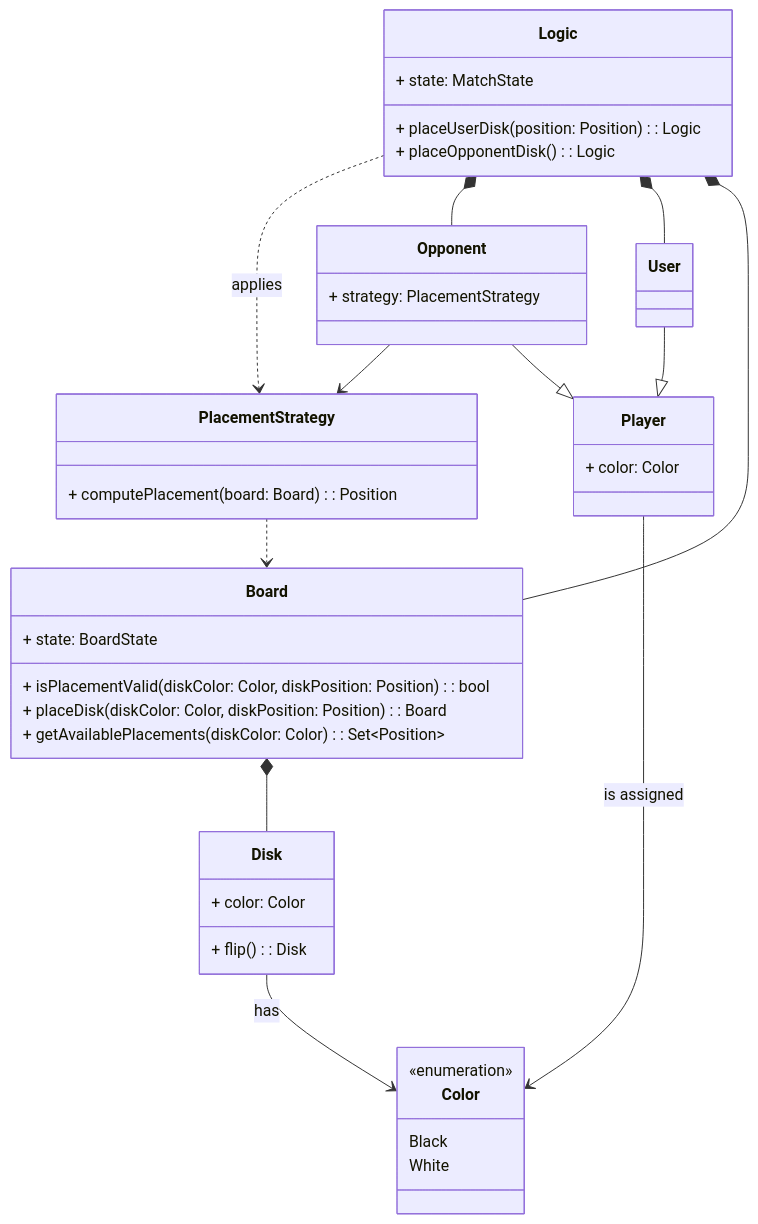
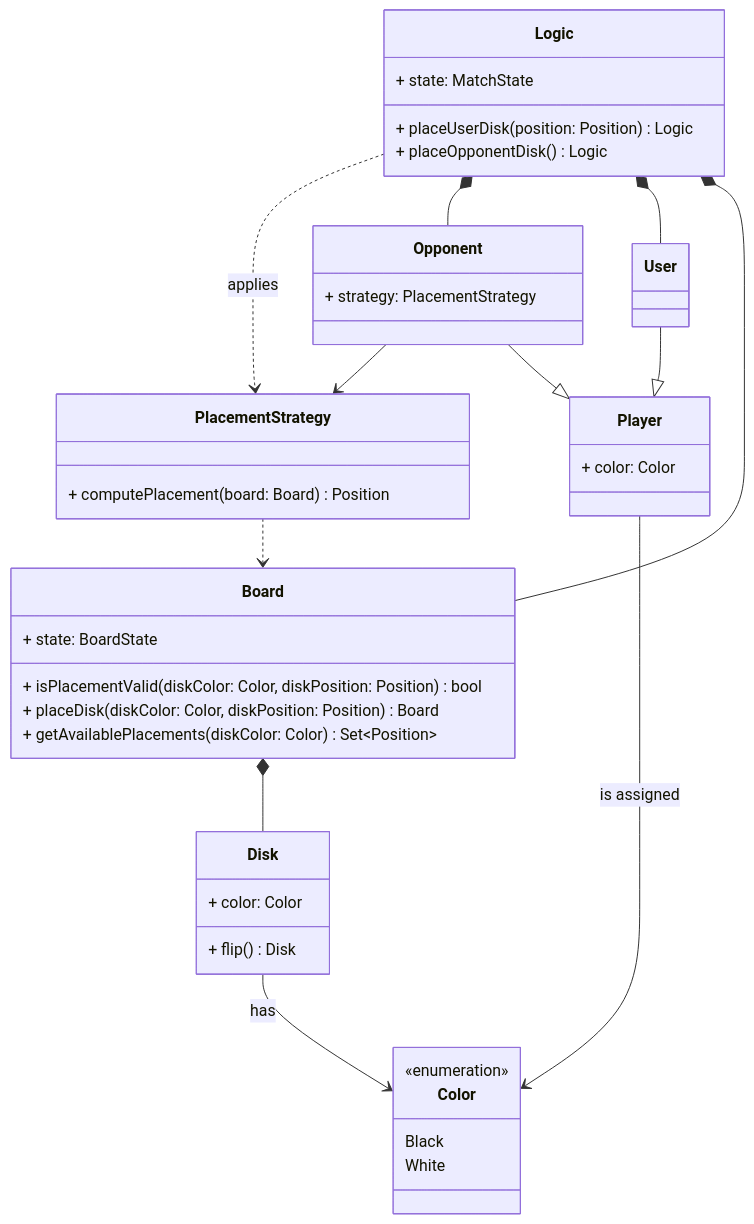
The first of 13 diagrams in docs/report/4-detailed-design.md (Borgotto/PPS-25-scalatello), drawn with Mermaid before and after one commit. The commit also changed other lines of this file and 1 other file, not shown here.

Commit message:
update view diagram, add minor syntax fix to diagrams

````diff
--- a/docs/report/4-detailed-design.md
+++ b/docs/report/4-detailed-design.md
@@ -9,46 +9,46 @@
 ```mermaid
 classDiagram
   class Logic {
     + state: MatchState
-    + placeUserDisk(position: Position): Logic
-    + placeOpponentDisk(): Logic
+    + placeUserDisk(position: Position) Logic
+    + placeOpponentDisk() Logic
   }
   class PlacementStrategy {
-    + computePlacement(board: Board): Position
+    + computePlacement(board: Board) Position
   }
   class Opponent {
     + strategy: PlacementStrategy
   }
   class User
   class Board {
     + state: BoardState
-    + isPlacementValid(diskColor: Color, diskPosition: Position): bool
-    + placeDisk(diskColor: Color, diskPosition: Position): Board
-    + getAvailablePlacements(diskColor: Color): Set~Position~
+    + isPlacementValid(diskColor: Color, diskPosition: Position) bool
+    + placeDisk(diskColor: Color, diskPosition: Position) Board
+    + getAvailablePlacements(diskColor: Color) Set~Position~
   }
   class Disk {
     + color: Color
-    + flip(): Disk
+    + flip() Disk
   }
   class Color {
     <<enumeration>>
     Black
     White
   }
   class Player {
     + color: Color
   }
 
   Logic ..> PlacementStrategy: applies
   Logic *-- Opponent
   Logic *-- User
   Logic *-- Board
 
   Opponent --> PlacementStrategy
   Opponent --|> Player
   User --|> Player
   Player --> Color: is assigned
   PlacementStrategy ..> Board
   Board *-- Disk
   Disk --> Color: has
 ```
````
